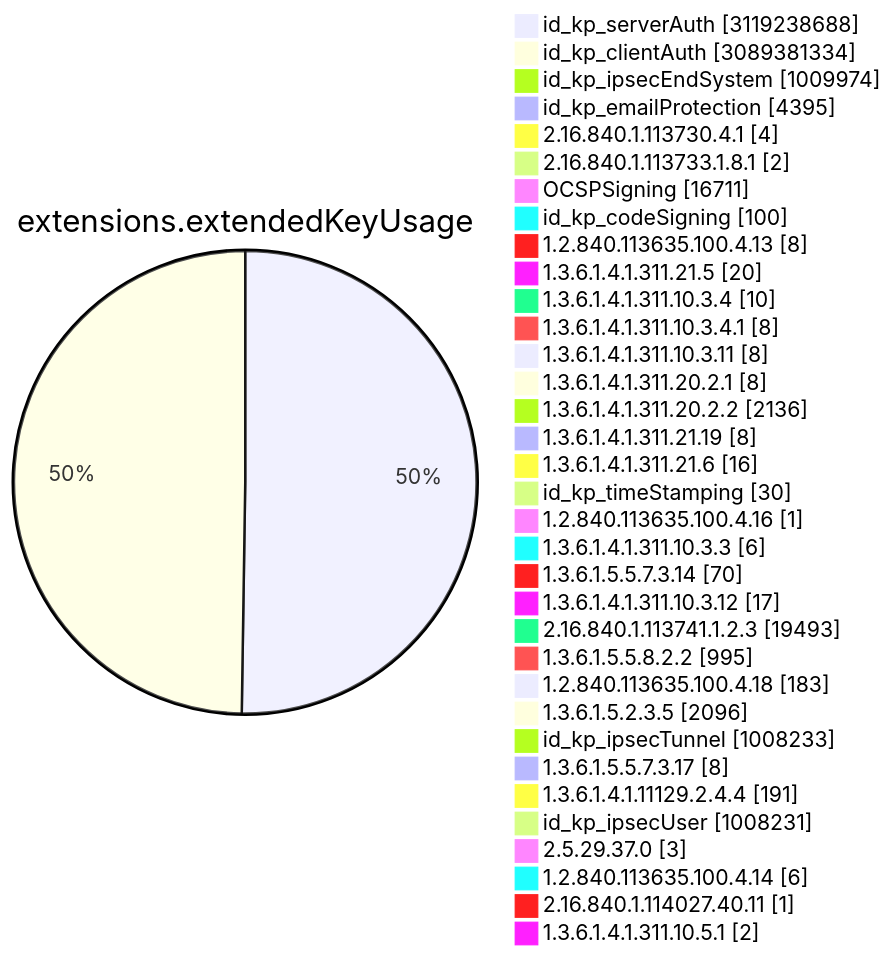
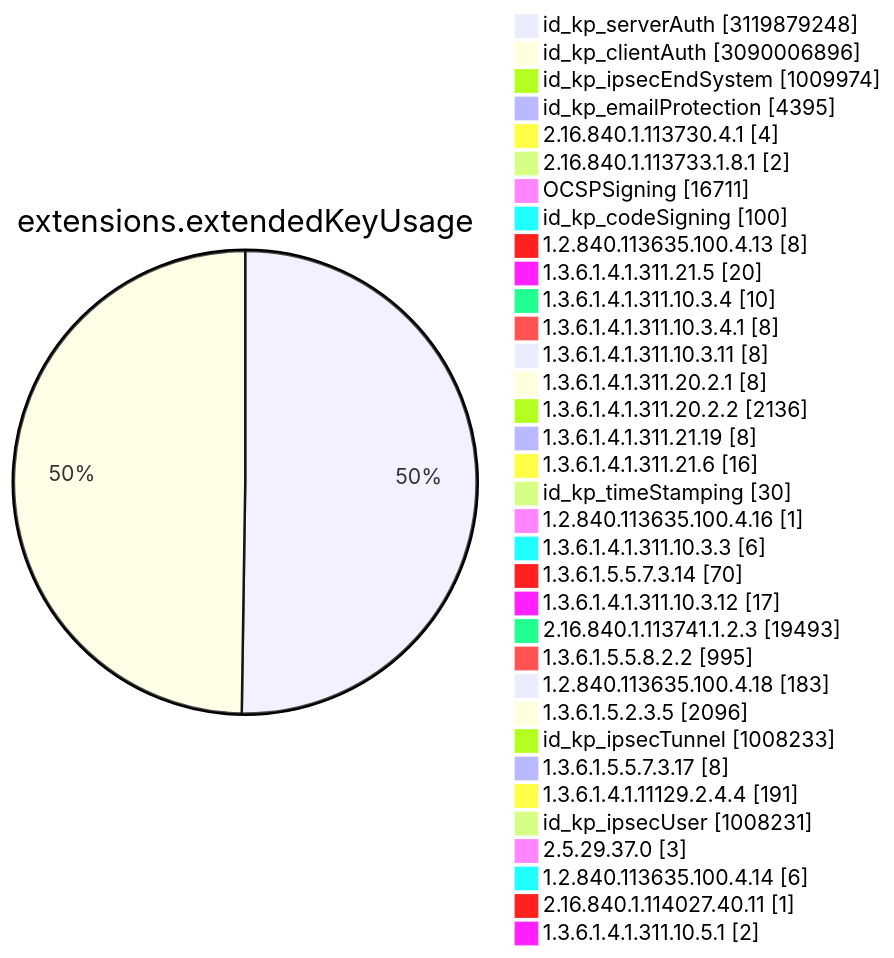
Diagram 11 of 15 in TOTAL/README.md (christiankrug/ctmonitor_visualization), drawn with Mermaid before and after one commit. The commit also changed other lines of this file, not shown here.

````diff
--- a/TOTAL/README.md
+++ b/TOTAL/README.md
@@ -4119,38 +4119,38 @@
 ```mermaid
 pie showData
 title extensions.extendedKeyUsage
-"id_kp_serverAuth" :3119238688
-"id_kp_clientAuth" :3089381334
+"id_kp_serverAuth" :3119879248
+"id_kp_clientAuth" :3090006896
 "id_kp_ipsecEndSystem" :1009974
 "id_kp_emailProtection" :4395
 "2.16.840.1.113730.4.1" :4
 "2.16.840.1.113733.1.8.1" :2
 "OCSPSigning" :16711
 "id_kp_codeSigning" :100
 "1.2.840.113635.100.4.13" :8
 "1.3.6.1.4.1.311.21.5" :20
 "1.3.6.1.4.1.311.10.3.4" :10
 "1.3.6.1.4.1.311.10.3.4.1" :8
 "1.3.6.1.4.1.311.10.3.11" :8
 "1.3.6.1.4.1.311.20.2.1" :8
 "1.3.6.1.4.1.311.20.2.2" :2136
 "1.3.6.1.4.1.311.21.19" :8
 "1.3.6.1.4.1.311.21.6" :16
 "id_kp_timeStamping" :30
 "1.2.840.113635.100.4.16" :1
 "1.3.6.1.4.1.311.10.3.3" :6
 "1.3.6.1.5.5.7.3.14" :70
 "1.3.6.1.4.1.311.10.3.12" :17
 "2.16.840.1.113741.1.2.3" :19493
 "1.3.6.1.5.5.8.2.2" :995
 "1.2.840.113635.100.4.18" :183
 "1.3.6.1.5.2.3.5" :2096
 "id_kp_ipsecTunnel" :1008233
 "1.3.6.1.5.5.7.3.17" :8
 "1.3.6.1.4.1.11129.2.4.4" :191
 "id_kp_ipsecUser" :1008231
 "2.5.29.37.0" :3
 "1.2.840.113635.100.4.14" :6
 "2.16.840.1.114027.40.11" :1
 "1.3.6.1.4.1.311.10.5.1" :2
 ```
````
